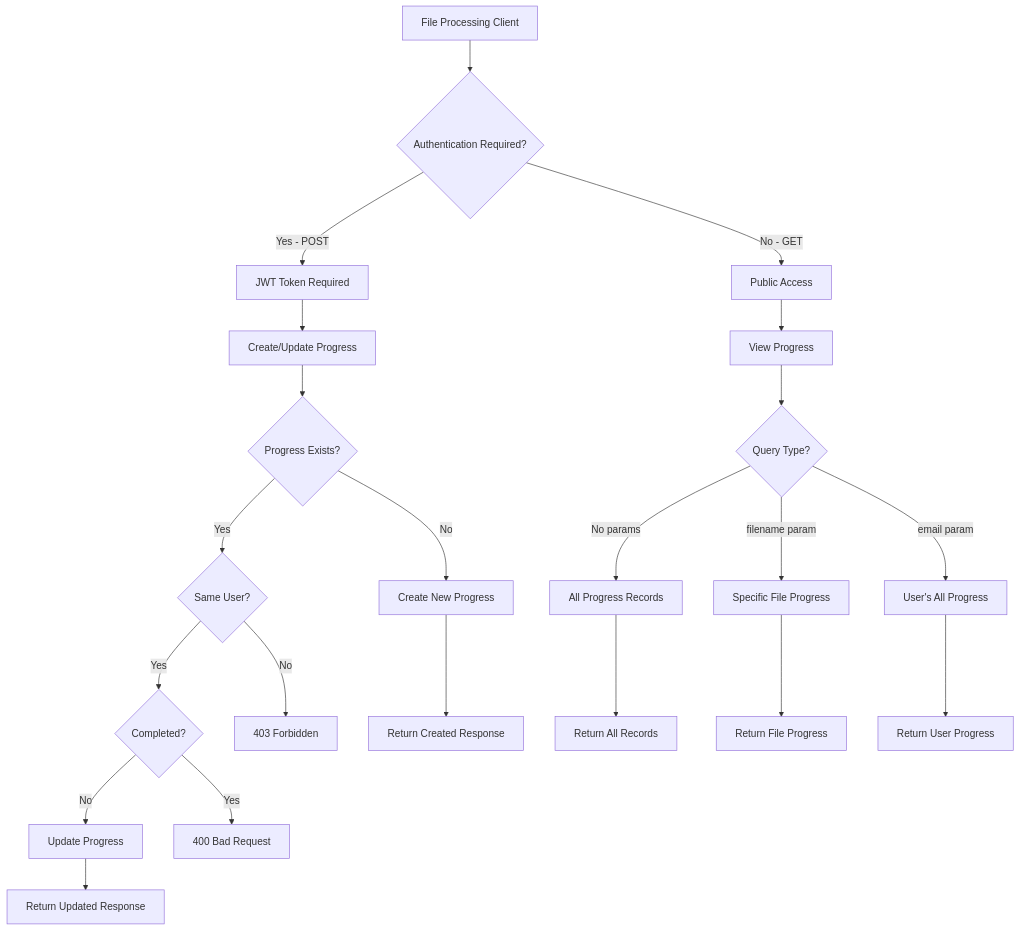
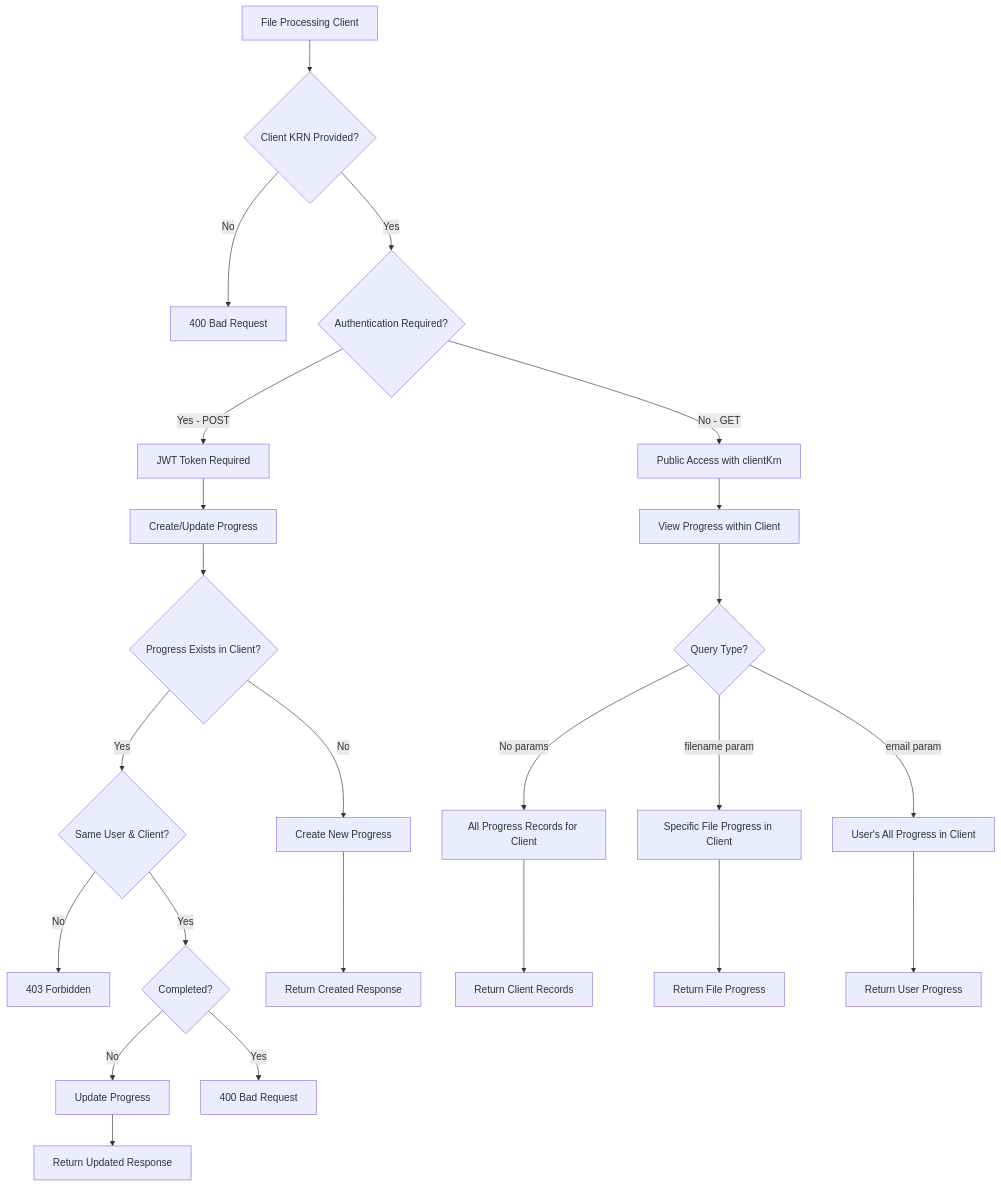
Before and after one commit to pirkus/pebbles: the first of 3 diagrams in use-cases.md, drawn with Mermaid. The commit also changed other lines of this file and 12 other files, not shown here.

````diff
--- a/use-cases.md
+++ b/use-cases.md
@@ -16,27 +16,29 @@
 ```mermaid
 graph TD
-    A[File Processing Client] --> B{Authentication Required?}
-    B -->|Yes - POST| C[JWT Token Required]
-    B -->|No - GET| D[Public Access]
+    A[File Processing Client] --> B{Client KRN Provided?}
+    B -->|No| Z[400 Bad Request]
+    B -->|Yes| C{Authentication Required?}
+    C -->|Yes - POST| D[JWT Token Required]
+    C -->|No - GET| E[Public Access with clientKrn]
     
-    C --> E[Create/Update Progress]
-    E --> F{Progress Exists?}
-    F -->|No| G[Create New Progress]
-    F -->|Yes| H{Same User?}
-    H -->|Yes| I{Completed?}
-    H -->|No| J[403 Forbidden]
-    I -->|No| K[Update Progress]
-    I -->|Yes| L[400 Bad Request]
+    D --> F[Create/Update Progress]
+    F --> G{Progress Exists in Client?}
+    G -->|No| H[Create New Progress]
+    G -->|Yes| I{Same User & Client?}
+    I -->|No| J[403 Forbidden]
+    I -->|Yes| K{Completed?}
+    K -->|No| L[Update Progress]
+    K -->|Yes| M[400 Bad Request]
     
-    D --> M[View Progress]
-    M --> N{Query Type?}
-    N -->|No params| O[All Progress Records]
-    N -->|filename param| P[Specific File Progress]
-    N -->|email param| Q[User's All Progress]
+    E --> N[View Progress within Client]
+    N --> O{Query Type?}
+    O -->|No params| P[All Progress Records for Client]
+    O -->|filename param| Q[Specific File Progress in Client]
+    O -->|email param| R[User's All Progress in Client]
     
-    G --> R[Return Created Response]
-    K --> S[Return Updated Response]
-    O --> T[Return All Records]
-    P --> U[Return File Progress]
-    Q --> V[Return User Progress]
+    H --> S[Return Created Response]
+    L --> T[Return Updated Response]
+    P --> U[Return Client Records]
+    Q --> V[Return File Progress]
+    R --> W[Return User Progress]
 ```
````
